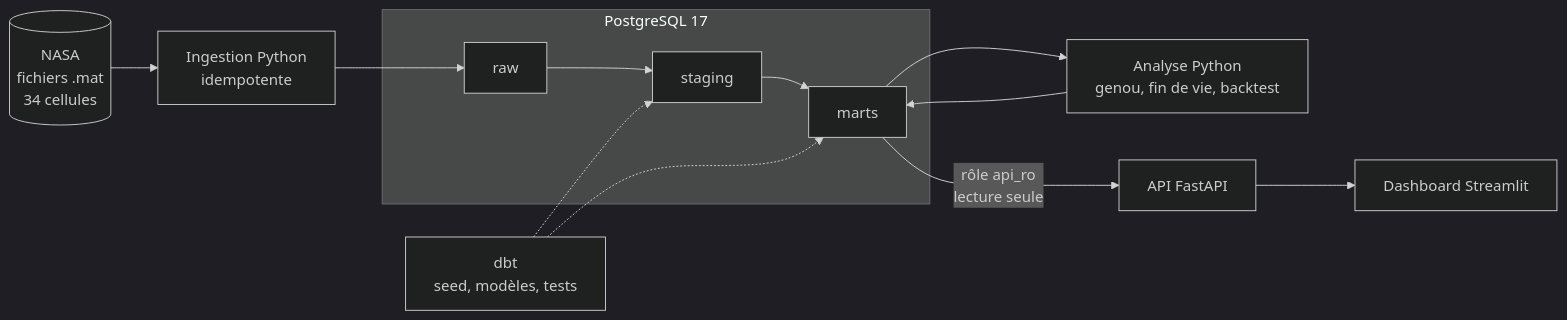
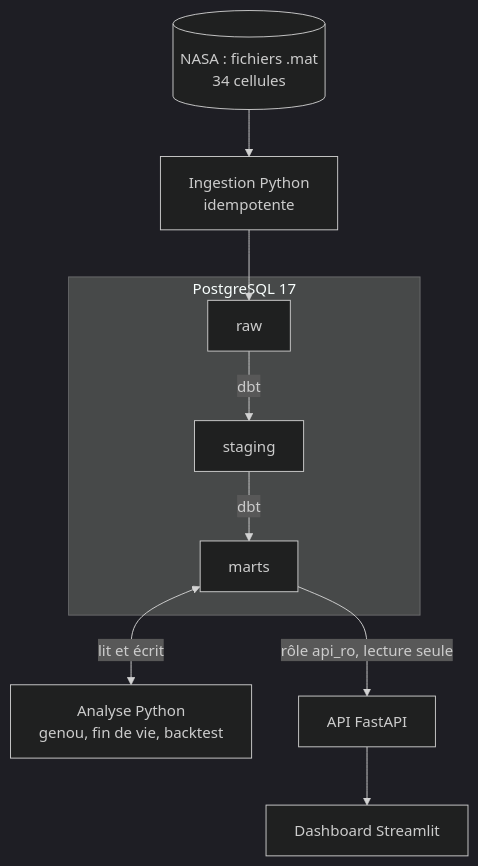
One commit to keysha18/ev-battery-analytics changed the diagram in README.md. Above: the diagram before and after it, drawn with Mermaid (dark theme).

Commit message:
README: make the architecture diagram vertical so it fits the page width

````diff
--- a/README.md
+++ b/README.md
@@ -40,14 +40,11 @@
 ```mermaid
-flowchart LR
-    NASA[("NASA<br/>fichiers .mat<br/>34 cellules")] --> ING["Ingestion Python<br/>idempotente"]
+flowchart TD
+    NASA[("NASA : fichiers .mat<br/>34 cellules")] --> ING["Ingestion Python<br/>idempotente"]
+    ING --> RAW
     subgraph PG["PostgreSQL 17"]
-        RAW[raw] --> STG[staging] --> MARTS[marts]
+        RAW[raw] -->|dbt| STG[staging] -->|dbt| MARTS[marts]
     end
-    ING --> RAW
-    DBT["dbt<br/>seed, modèles, tests"] -.-> STG
-    DBT -.-> MARTS
-    MARTS --> ANA["Analyse Python<br/>genou, fin de vie, backtest"]
-    ANA --> MARTS
-    MARTS -->|"rôle api_ro<br/>lecture seule"| API["API FastAPI"]
+    MARTS <-->|lit et écrit| ANA["Analyse Python<br/>genou, fin de vie, backtest"]
+    MARTS -->|"rôle api_ro, lecture seule"| API["API FastAPI"]
     API --> DASH["Dashboard Streamlit"]
 ```
````
